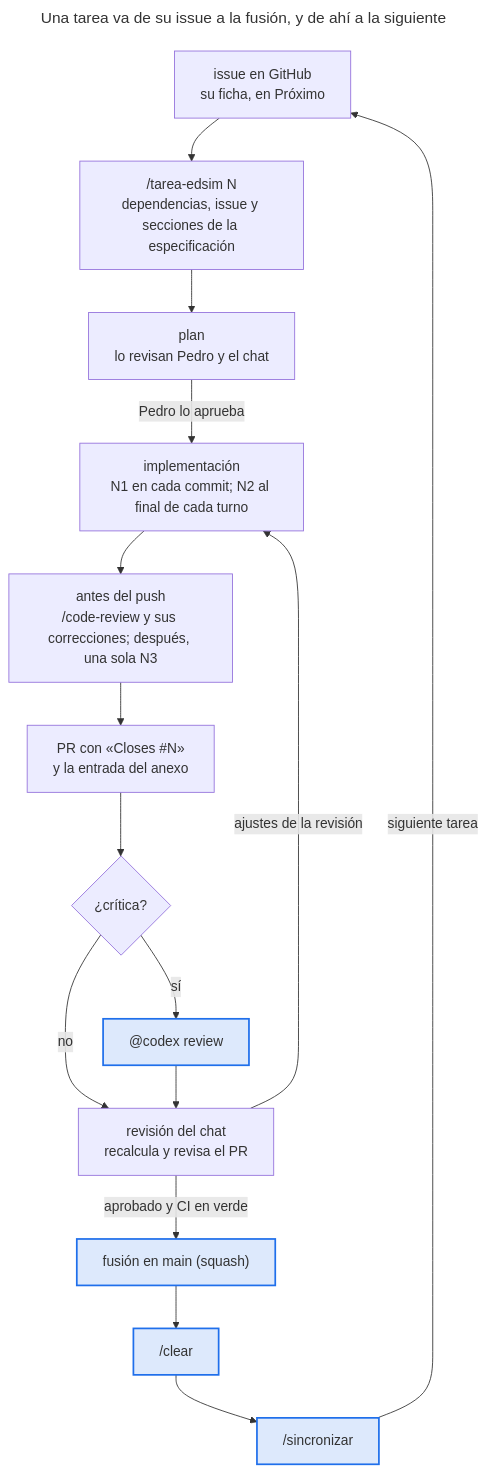
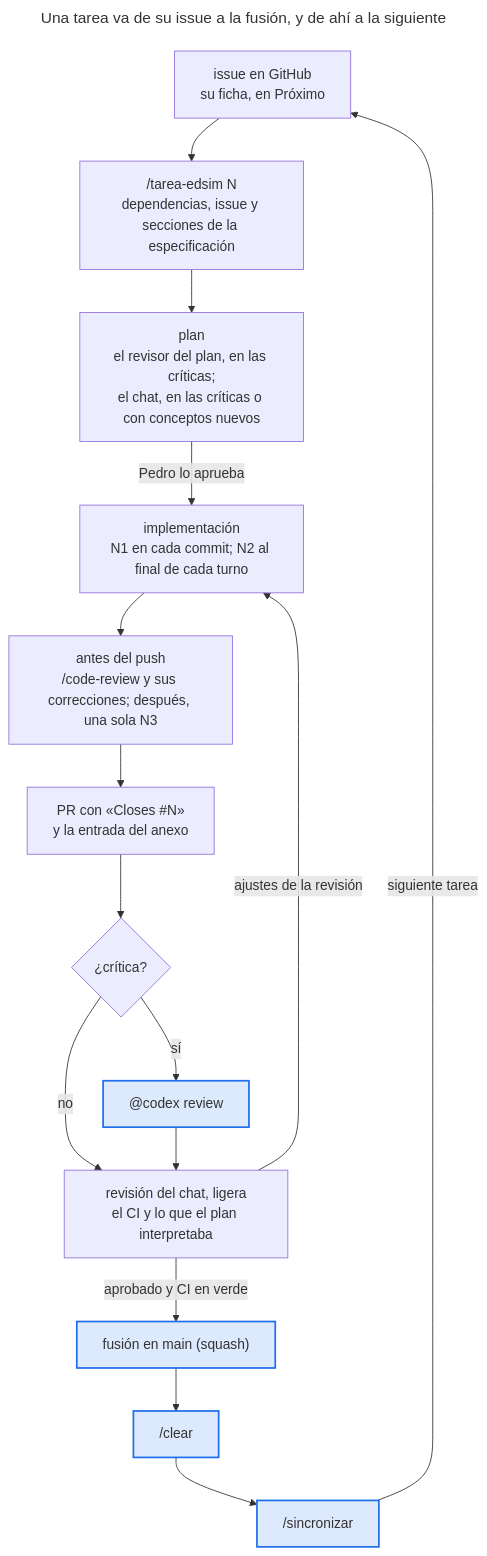
Before and after one commit to pdromer0/edsim: the first of 3 diagrams in docs/proceso/flujo.md, drawn with Mermaid. The commit also changed other lines of this file and 13 other files, not shown here.

First line of the commit message:
7.0 Proceso del hito 7: plan, revisor, nube, REST, Release y @claude (#126)

````diff
--- a/docs/proceso/flujo.md
+++ b/docs/proceso/flujo.md
@@ -9,22 +9,22 @@
 ```mermaid
 ---
 title: "Una tarea va de su issue a la fusión, y de ahí a la siguiente"
 ---
 flowchart TD
     issue["issue en GitHub<br/>su ficha, en Próximo"] --> skill["/tarea-edsim N<br/>dependencias, issue y secciones de la especificación"]
-    skill --> plan["plan<br/>lo revisan Pedro y el chat"]
+    skill --> plan["plan<br/>el revisor del plan, en las críticas;<br/>el chat, en las críticas o con conceptos nuevos"]
     plan -->|"Pedro lo aprueba"| impl["implementación<br/>N1 en cada commit; N2 al final de cada turno"]
     impl --> antes["antes del push<br/>/code-review y sus correcciones; después, una sola N3"]
     antes --> pr["PR con «Closes #N»<br/>y la entrada del anexo"]
     pr --> critica{"¿crítica?"}
     critica -->|"sí"| codex["@codex review"]
-    critica -->|"no"| revision["revisión del chat<br/>recalcula y revisa el PR"]
+    critica -->|"no"| revision["revisión del chat, ligera<br/>el CI y lo que el plan interpretaba"]
     codex --> revision
     revision -->|"ajustes de la revisión"| impl
     revision -->|"aprobado y CI en verde"| fusion["fusión en main (squash)"]
     fusion --> clear["/clear"]
     clear --> sinc["/sincronizar"]
     sinc -->|"siguiente tarea"| issue
     classDef destacado fill:#1f6feb26,stroke:#1f6feb,stroke-width:2px
     class codex,fusion,clear,sinc destacado
 ```
````
